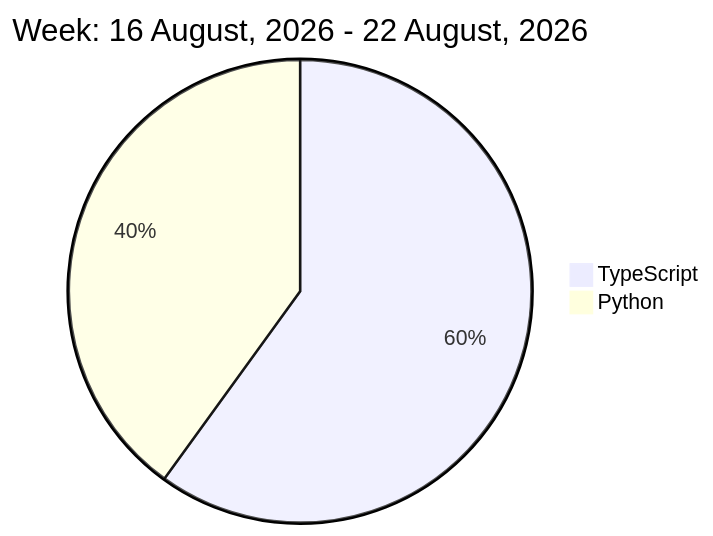
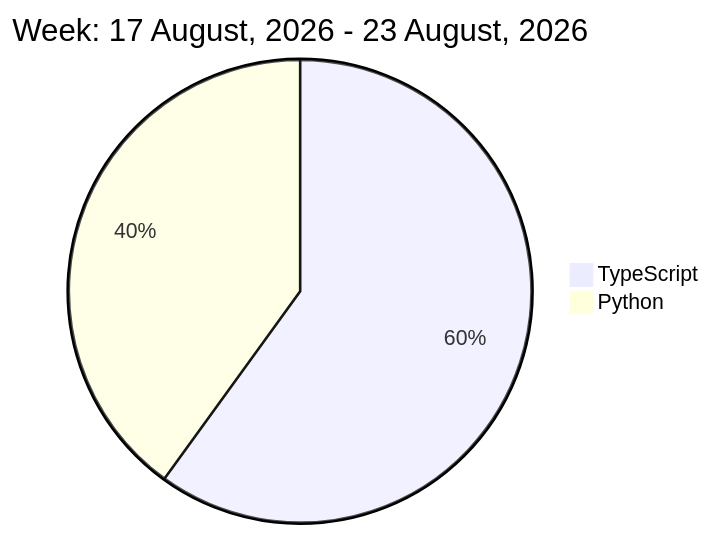
Before and after one commit to liubin95/liubin95: the diagram in README.md, drawn with Mermaid.

Commit message:
Updated the Graph with new Metrics

````diff
--- a/README.md
+++ b/README.md
@@ -32,6 +32,6 @@
 ```mermaid
  pie
-title Week: 16 August, 2026 - 22 August, 2026
+title Week: 17 August, 2026 - 23 August, 2026
  "TypeScript" : 4.15
  "Python" : 2.77
 ```
````
